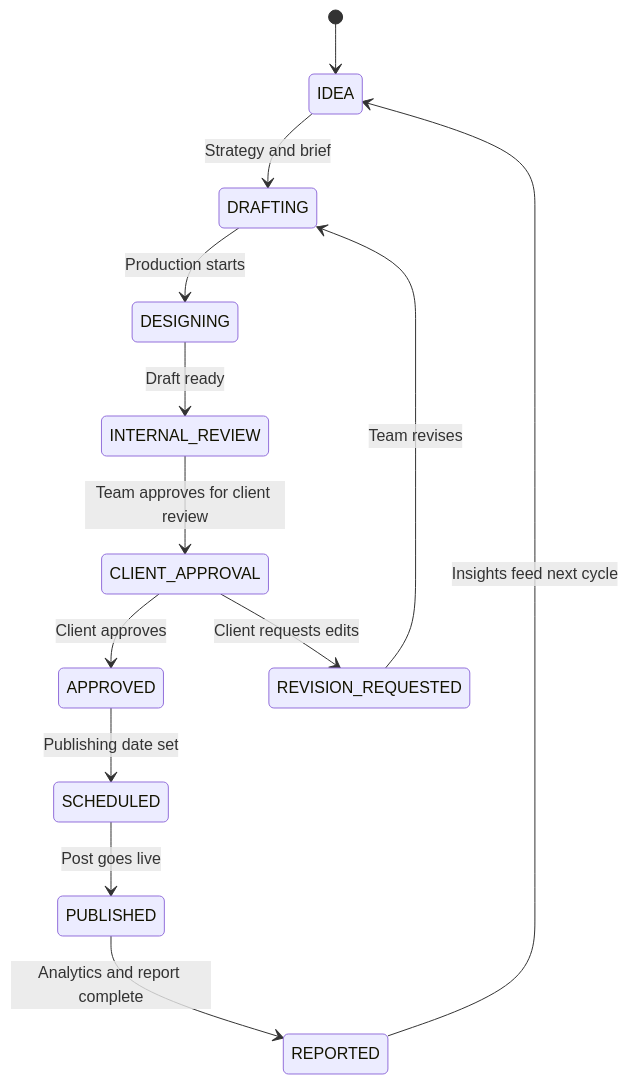
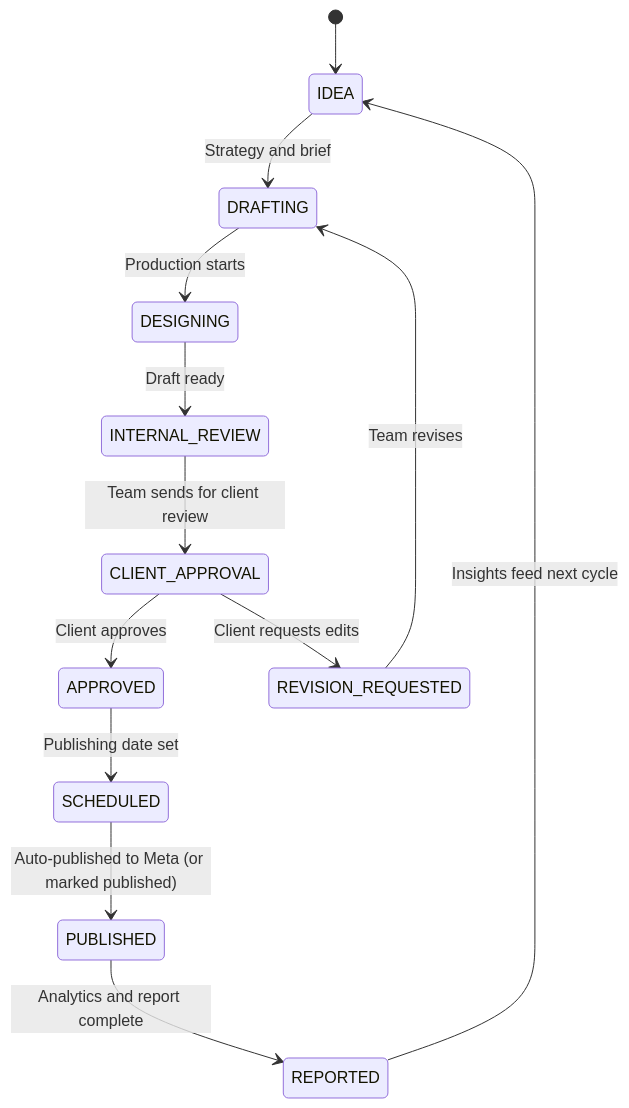
The second of 3 diagrams in profile/README.md (pxl-lgp/.github), drawn with Mermaid before and after one commit. The commit also changed other lines of this file, not shown here.

````diff
--- a/profile/README.md
+++ b/profile/README.md
@@ -594,15 +194,15 @@
 ```mermaid
 stateDiagram-v2
   [*] --> IDEA
   IDEA --> DRAFTING: Strategy and brief
   DRAFTING --> DESIGNING: Production starts
   DESIGNING --> INTERNAL_REVIEW: Draft ready
-  INTERNAL_REVIEW --> CLIENT_APPROVAL: Team approves for client review
+  INTERNAL_REVIEW --> CLIENT_APPROVAL: Team sends for client review
   CLIENT_APPROVAL --> APPROVED: Client approves
   CLIENT_APPROVAL --> REVISION_REQUESTED: Client requests edits
   REVISION_REQUESTED --> DRAFTING: Team revises
   APPROVED --> SCHEDULED: Publishing date set
-  SCHEDULED --> PUBLISHED: Post goes live
+  SCHEDULED --> PUBLISHED: Auto-published to Meta (or marked published)
   PUBLISHED --> REPORTED: Analytics and report complete
   REPORTED --> IDEA: Insights feed next cycle
 ```
````
